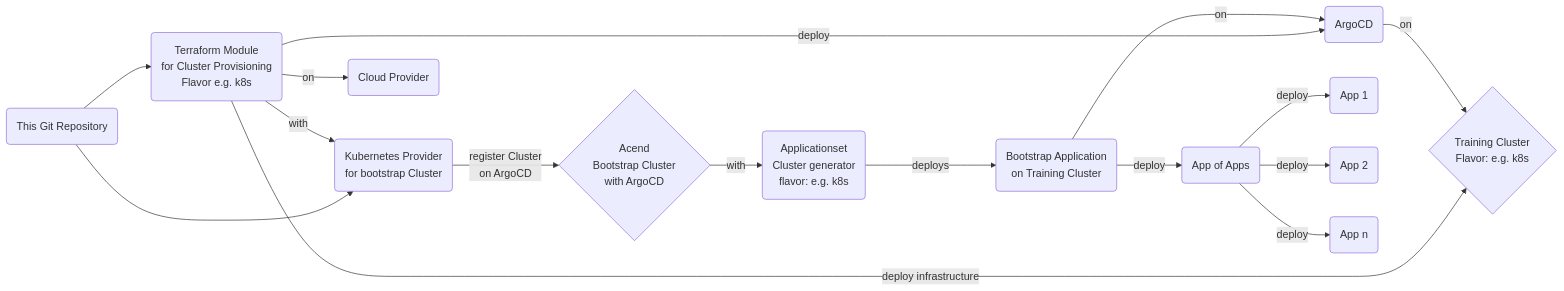
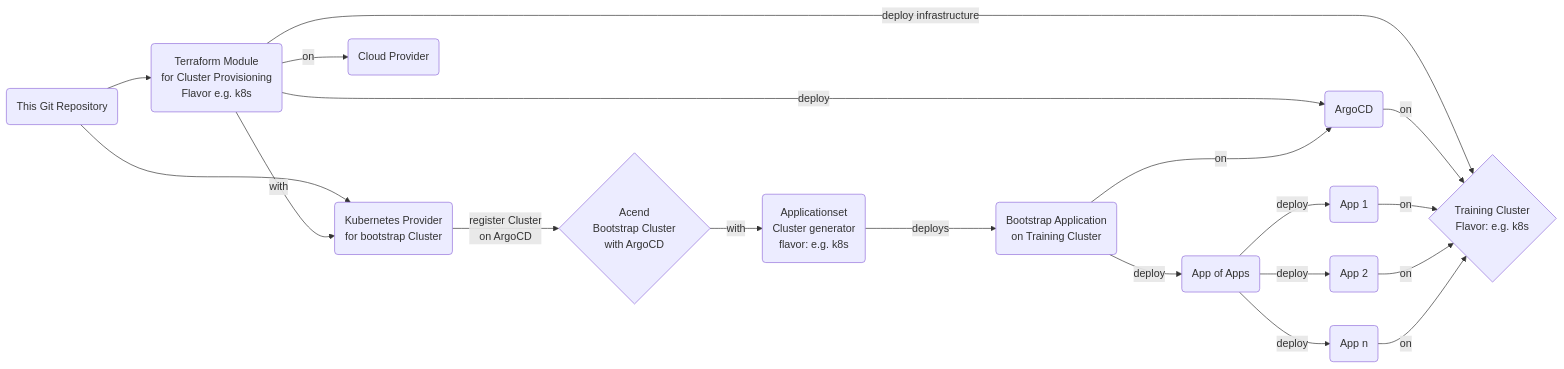
Before and after one commit to acend/training-setup: the diagram in README.md, drawn with Mermaid.

Commit message:
update flow chart

````diff
--- a/README.md
+++ b/README.md
@@ -45,32 +45,32 @@
 ```mermaid
 flowchart LR
     A(This Git Repository)
     A1(Kubernetes Provider \nfor bootstrap Cluster)
     B(Terraform Module \n for Cluster Provisioning \n Flavor e.g. k8s)
     C{Acend \nBootstrap Cluster\nwith ArgoCD}
 
     D{Training Cluster\nFlavor: e.g. k8s}
 
     E(Cloud Provider)
 
 
     A --> A1
 
     A --> B
     B -- deploy infrastructure ---> D
     B -- on --> E
     B -- deploy --> D1
     B -- with --> A1 -- register Cluster \non ArgoCD --> C
 
 
     D1(ArgoCD) -- on --> D
 
     C2-- deploy -->D2(App of Apps)
 
-    D2 -- deploy -->D3(App 1)
-    D2 -- deploy -->D4(App 2)
-    D2 -- deploy -->D5(App n)
+    D2 -- deploy -->D3(App 1) -- on --> D
+    D2 -- deploy -->D4(App 2) -- on --> D
+    D2 -- deploy -->D5(App n) -- on --> D
 
     C -- with --> C1(Applicationset\nCluster generator\nflavor: e.g. k8s)
     C1 -- deploys --> C2(Bootstrap Application\non Training Cluster)  -- on ---> D1
 ```
````
